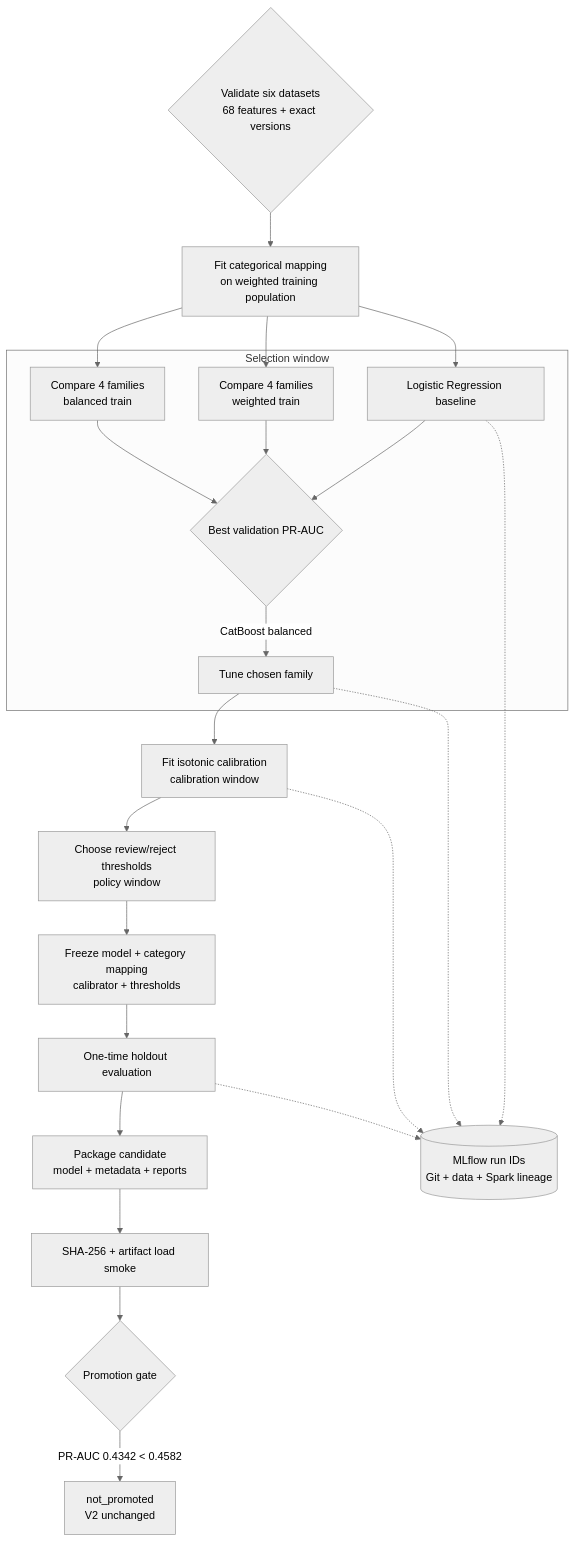
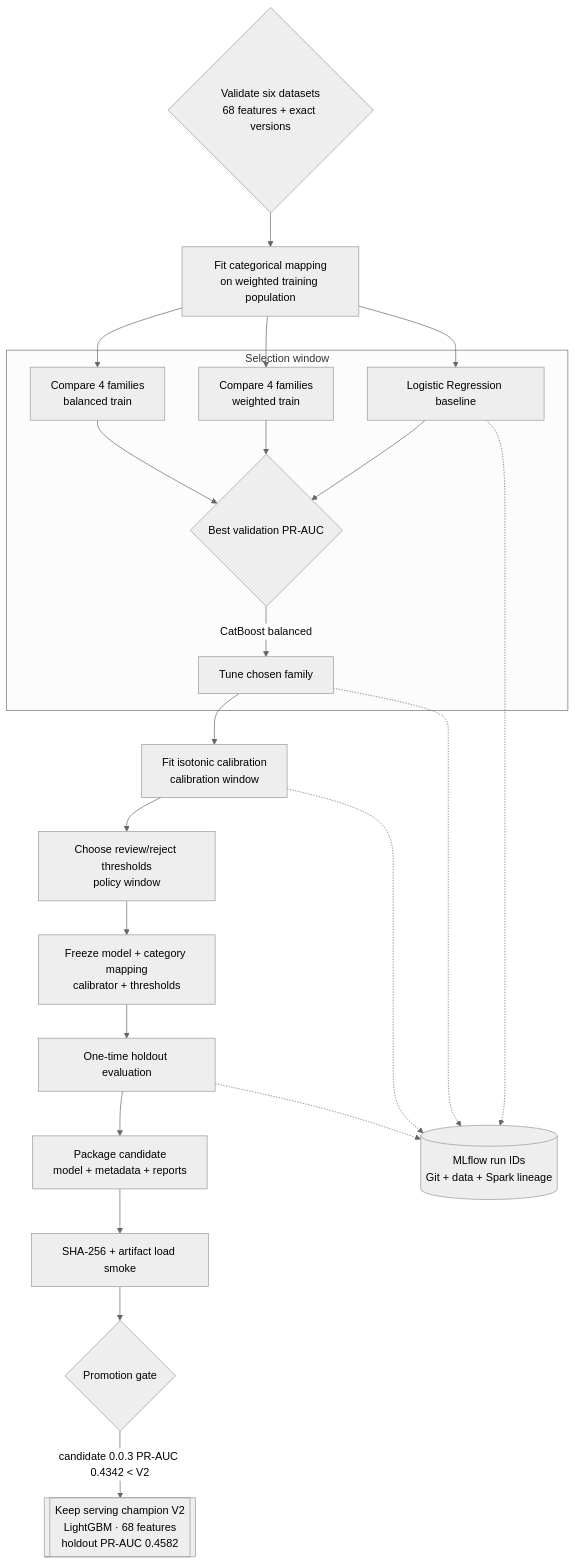
One commit to RocketUp-Team/Fraud-Detection-Score-Risk changed the fifth of 9 diagrams in docs/ARCHITECTURE_DIAGRAMS.md. Above: the diagram before and after it, drawn with Mermaid (neutral theme). The commit also changed other lines of this file and 14 other files, not shown here.

First line of the commit message:
Add Best Model V2 Serving Diagram and Update Documentation

````diff
--- a/docs/ARCHITECTURE_DIAGRAMS.md
+++ b/docs/ARCHITECTURE_DIAGRAMS.md
@@ -257,37 +258,37 @@
 ```mermaid
 flowchart TB
     DATA_GATE{"Validate six datasets<br/>68 features + exact versions"}
     INDEXER["Fit categorical mapping<br/>on weighted training population"]
 
     subgraph COMPARE["Selection window"]
         BASELINE["Logistic Regression baseline"]
         WEIGHTED["Compare 4 families<br/>weighted train"]
         BALANCED["Compare 4 families<br/>balanced train"]
         CHOOSE{"Best validation PR-AUC"}
         TUNE["Tune chosen family"]
 
         BASELINE --> CHOOSE
         WEIGHTED --> CHOOSE
         BALANCED --> CHOOSE
         CHOOSE -->|"CatBoost balanced"| TUNE
     end
 
     CALIBRATION["Fit isotonic calibration<br/>calibration window"]
     THRESHOLDS["Choose review/reject thresholds<br/>policy window"]
     FREEZE["Freeze model + category mapping<br/>calibrator + thresholds"]
     HOLDOUT["One-time holdout evaluation"]
     PACKAGE["Package candidate<br/>model + metadata + reports"]
     CHECKSUM["SHA-256 + artifact load smoke"]
     LINEAGE[("MLflow run IDs<br/>Git + data + Spark lineage")]
     GATE{"Promotion gate"}
-    CURRENT["not_promoted<br/>V2 unchanged"]
+    CURRENT[["Keep serving champion V2<br/>LightGBM · 68 features<br/>holdout PR-AUC 0.4582"]]
 
     DATA_GATE --> INDEXER
     INDEXER --> BASELINE
     INDEXER --> WEIGHTED
     INDEXER --> BALANCED
     TUNE --> CALIBRATION --> THRESHOLDS --> FREEZE --> HOLDOUT
     HOLDOUT --> PACKAGE --> CHECKSUM --> GATE
     BASELINE & TUNE & CALIBRATION & HOLDOUT -.-> LINEAGE
-    GATE -->|"PR-AUC 0.4342 < 0.4582"| CURRENT
+    GATE -->|"candidate 0.0.3 PR-AUC 0.4342 < V2"| CURRENT
 ```
````
